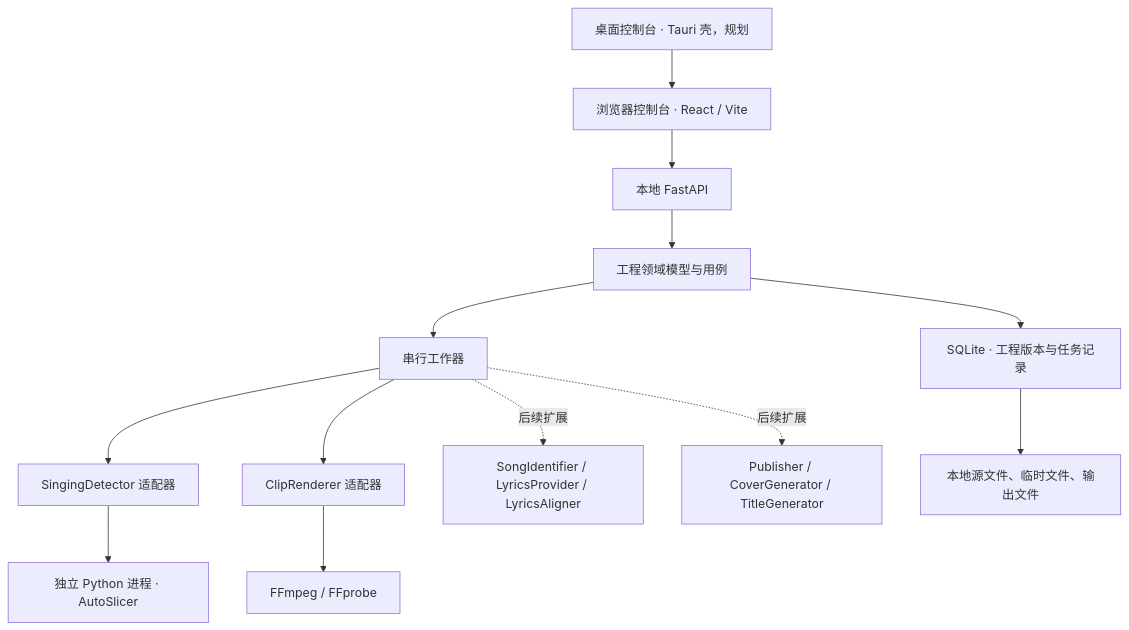
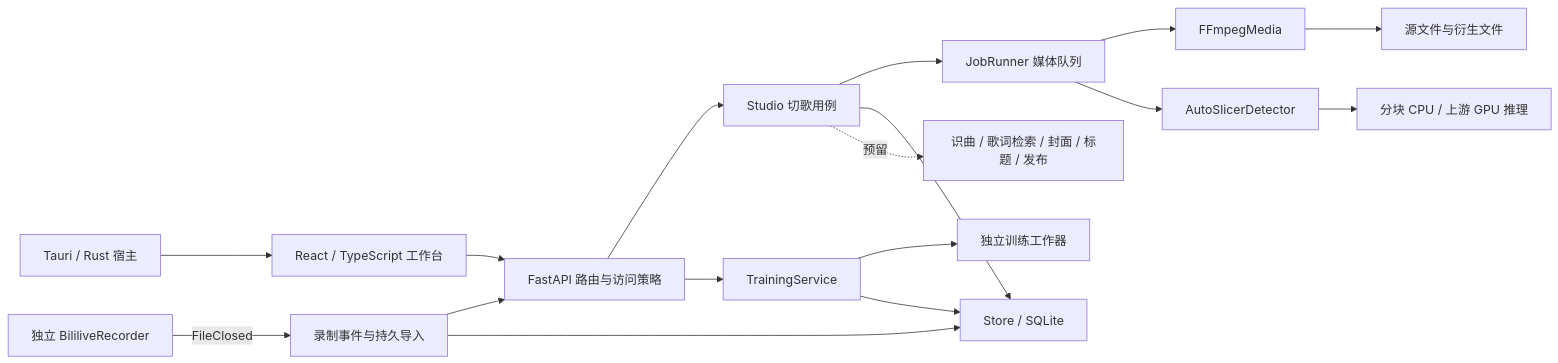
Before and after one commit to Sakuranda/VTuberSongCut: the diagram in docs/ARCHITECTURE.md, drawn with Mermaid. The commit also changed other lines of this file and 18 other files, not shown here.

Commit message:
Add an interactive source-grounded architecture atlas and refactoring plan

````diff
--- a/docs/ARCHITECTURE.md
+++ b/docs/ARCHITECTURE.md
@@ -9,15 +9,19 @@
 ```mermaid
-flowchart TB
-    Web[浏览器控制台 · React / Vite] --> API[本地 FastAPI]
-    Desktop[桌面控制台 · Tauri 壳，规划] --> Web
-    API --> Domain[工程领域模型与用例]
-    Domain --> Store[SQLite · 工程版本与任务记录]
-    Domain --> Worker[串行工作器]
-    Worker --> Detector[SingingDetector 适配器]
-    Worker --> Renderer[ClipRenderer 适配器]
-    Detector --> Process[独立 Python 进程 · AutoSlicer]
-    Renderer --> FFmpeg[FFmpeg / FFprobe]
-    Worker -. 后续扩展 .-> Identify[SongIdentifier / LyricsProvider / LyricsAligner]
-    Worker -. 后续扩展 .-> Publish[Publisher / CoverGenerator / TitleGenerator]
-    Store --> Files[本地源文件、临时文件、输出文件]
+flowchart LR
+    UI[React / TypeScript 工作台] --> HTTP[FastAPI 路由与访问策略]
+    Desktop[Tauri / Rust 宿主] --> UI
+    Recorder[独立 BililiveRecorder] -->|FileClosed| Import[录制事件与持久导入]
+    Import --> HTTP
+    HTTP --> Studio[Studio 切歌用例]
+    HTTP --> Training[TrainingService]
+    Studio --> Queue[JobRunner 媒体队列]
+    Queue --> Media[FFmpegMedia]
+    Queue --> Detector[AutoSlicerDetector]
+    Detector --> CPU[分块 CPU / 上游 GPU 推理]
+    Training --> TrainWorker[独立训练工作器]
+    Studio --> Store[Store / SQLite]
+    Training --> Store
+    Import --> Store
+    Media --> Files[源文件与衍生文件]
+    Studio -. 预留 .-> Future[识曲 / 歌词检索 / 封面 / 标题 / 发布]
 ```
````
